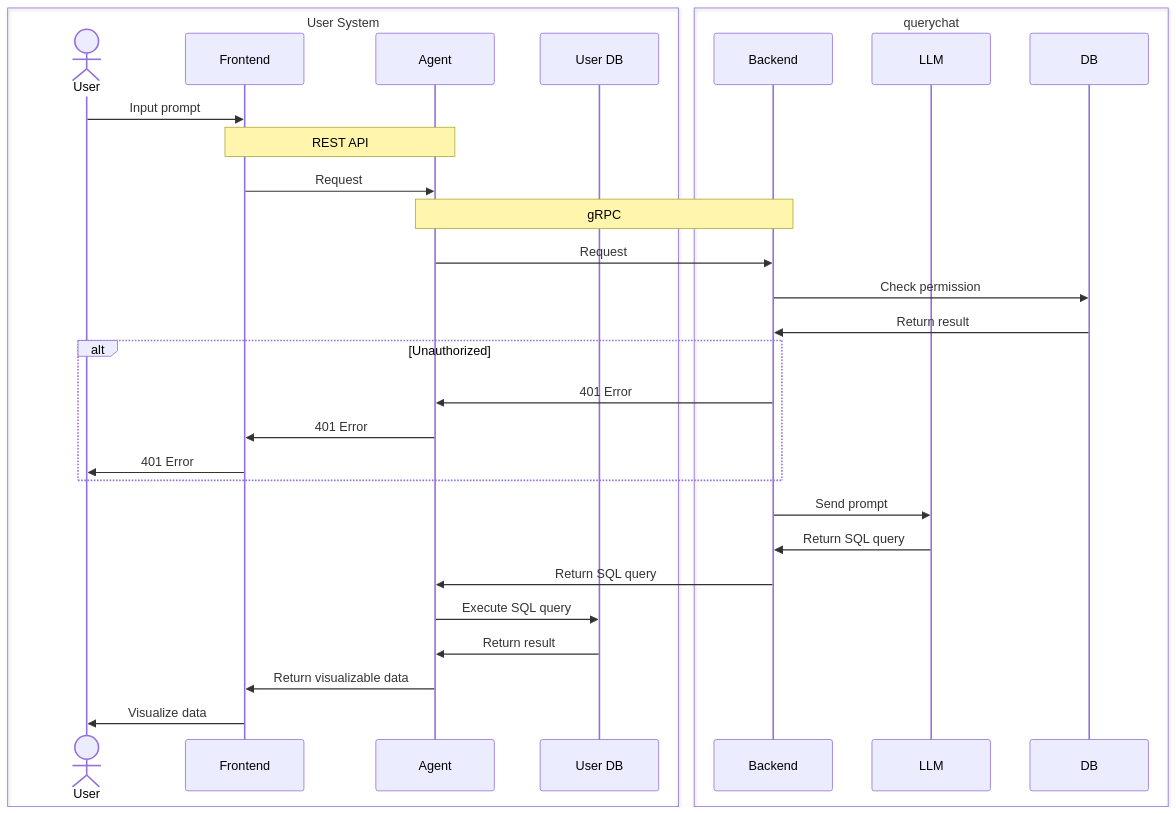
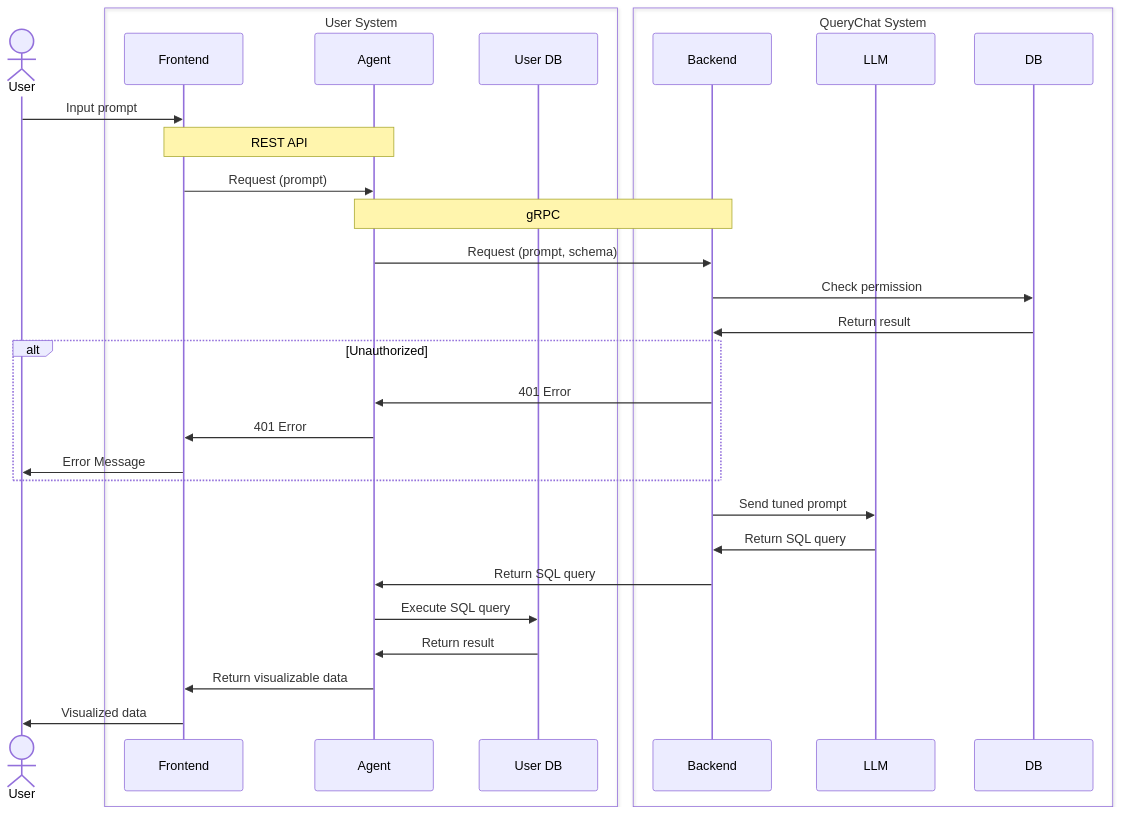
The diagram in README.md (rihib/querytalk), drawn with Mermaid before and after one commit. The commit also changed other lines of this file, not shown here.

Commit message:
doc: fix sequence diagram

````diff
--- a/README.md
+++ b/README.md
@@ -5,34 +5,34 @@
 ```mermaid
 sequenceDiagram
+  actor User
   box User System
-    actor User
     participant Frontend
     participant Agent
     participant User DB
   end
-  box querychat
+  box QueryChat System
     participant Backend
     participant LLM
     participant DB
   end
 
   User ->> Frontend: Input prompt
   Note over Frontend, Agent: REST API
-  Frontend ->> Agent: Request
+  Frontend ->> Agent: Request (prompt)
   Note over Agent, Backend: gRPC
-  Agent ->> Backend: Request
+  Agent ->> Backend: Request (prompt, schema)
   Backend ->> DB: Check permission
   DB ->> Backend: Return result
   alt Unauthorized
     Backend ->> Agent: 401 Error
     Agent ->> Frontend: 401 Error
-    Frontend ->> User: 401 Error
+    Frontend ->> User: Error Message
   end
-  Backend ->> LLM: Send prompt
+  Backend ->> LLM: Send tuned prompt
   LLM ->> Backend: Return SQL query
   Backend ->> Agent: Return SQL query
   Agent ->> User DB: Execute SQL query
   User DB ->> Agent: Return result
   Agent ->> Frontend: Return visualizable data
-  Frontend ->> User: Visualize data
+  Frontend ->> User: Visualized data
 ```
````
